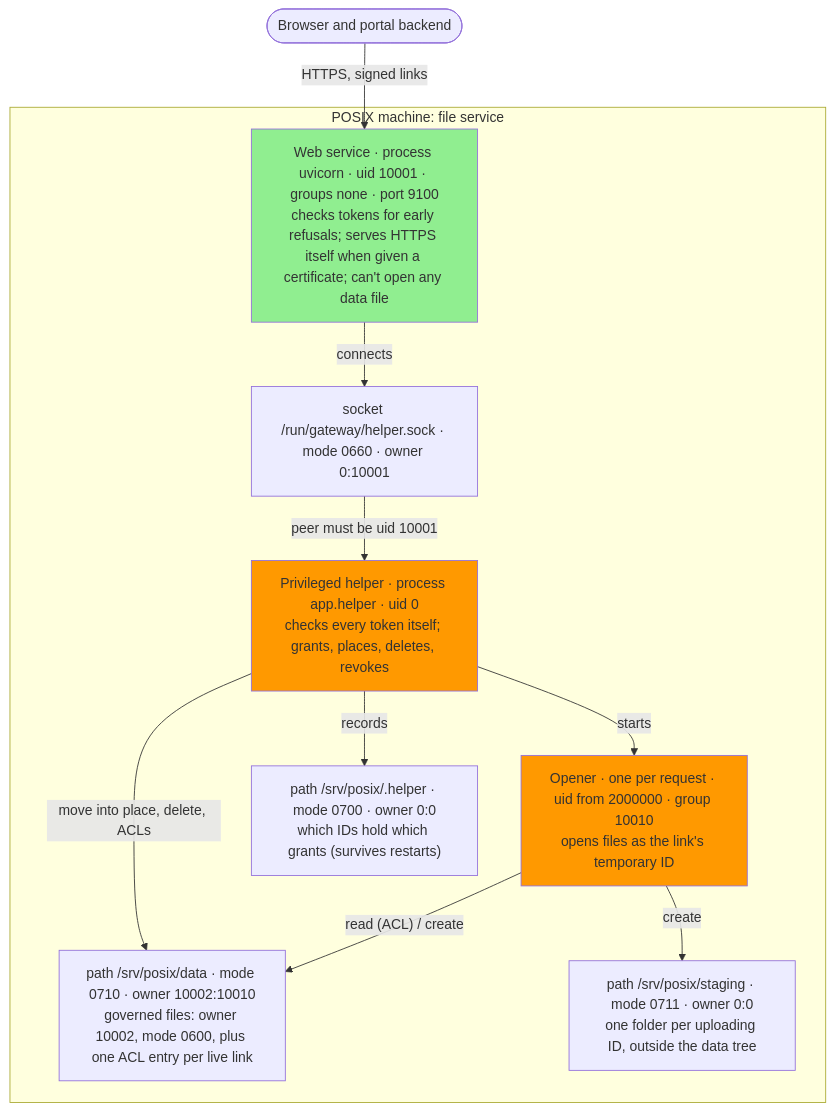
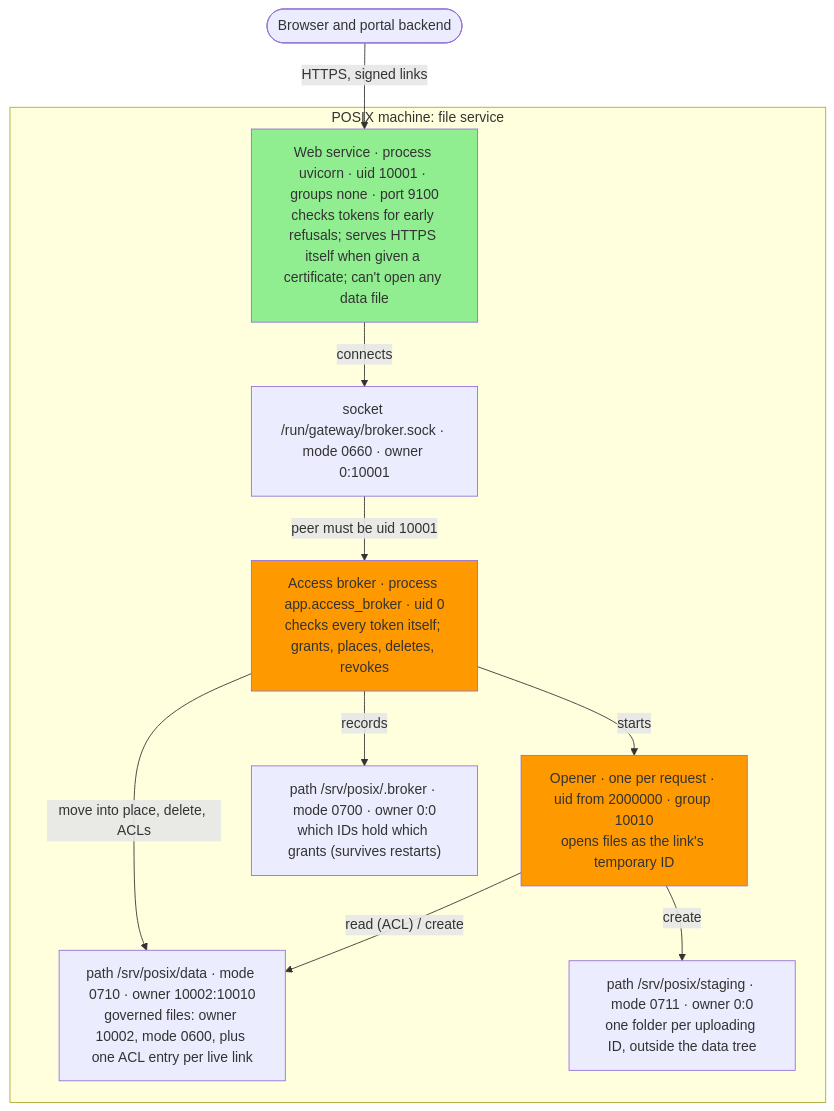
One commit to pmahon3/Data-Portal changed the diagram in docs/diagrams/posix-deployment.md. Above: the diagram before and after it, drawn with Mermaid. The commit also changed other lines of this file and 30 other files, not shown here.

First line of the commit message:
refactor(posix): name the modes for who reads the files; the helper is the access broker

````diff
--- a/docs/diagrams/posix-deployment.md
+++ b/docs/diagrams/posix-deployment.md
@@ -10,28 +10,28 @@
 ```mermaid
 %% check: deployment
 flowchart TB
     browser(["Browser and portal backend"])
 
     subgraph container["POSIX machine: file service"]
         web["Web service · process uvicorn · uid 10001 · groups none · port 9100<br/>checks tokens for early refusals; serves HTTPS itself when given a certificate; can't open any data file"]
-        helper["Privileged helper · process app.helper · uid 0<br/>checks every token itself; grants, places, deletes, revokes"]
+        broker["Access broker · process app.access_broker · uid 0<br/>checks every token itself; grants, places, deletes, revokes"]
         opener["Opener · one per request · uid from 2000000 · group 10010<br/>opens files as the link's temporary ID"]
-        sock["socket /run/gateway/helper.sock · mode 0660 · owner 0:10001"]
+        sock["socket /run/gateway/broker.sock · mode 0660 · owner 0:10001"]
         data["path /srv/posix/data · mode 0710 · owner 10002:10010<br/>governed files: owner 10002, mode 0600, plus one ACL entry per live link"]
         staging["path /srv/posix/staging · mode 0711 · owner 0:0<br/>one folder per uploading ID, outside the data tree"]
-        state["path /srv/posix/.helper · mode 0700 · owner 0:0<br/>which IDs hold which grants (survives restarts)"]
+        state["path /srv/posix/.broker · mode 0700 · owner 0:0<br/>which IDs hold which grants (survives restarts)"]
     end
 
     browser -- "HTTPS, signed links" --> web
     web -- "connects" --> sock
-    sock -- "peer must be uid 10001" --> helper
-    helper -- "starts" --> opener
+    sock -- "peer must be uid 10001" --> broker
+    broker -- "starts" --> opener
     opener -- "read (ACL) / create" --> data
     opener -- "create" --> staging
-    helper -- "move into place, delete, ACLs" --> data
-    helper -- "records" --> state
+    broker -- "move into place, delete, ACLs" --> data
+    broker -- "records" --> state
 
     style web fill:#90EE90
-    style helper fill:#FF9900
+    style broker fill:#FF9900
     style opener fill:#FF9900
 ```
````
